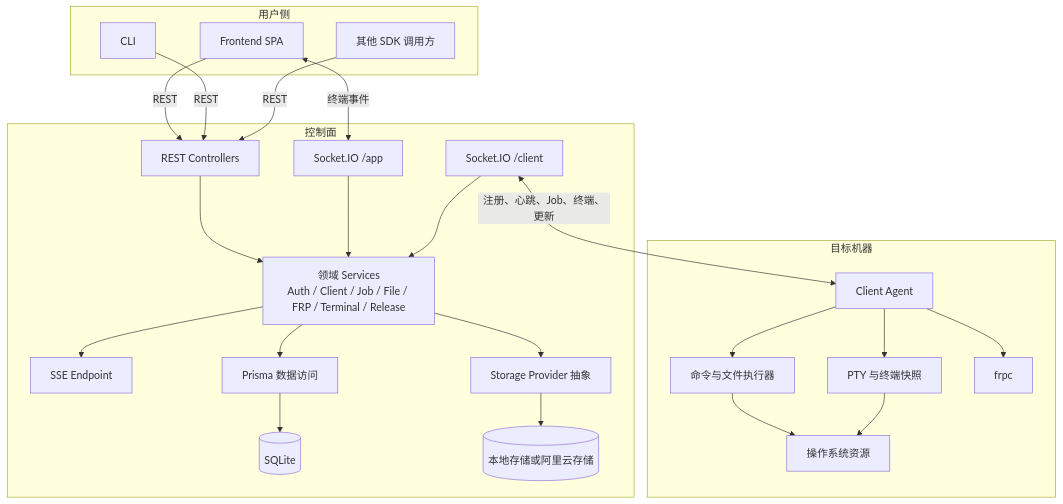
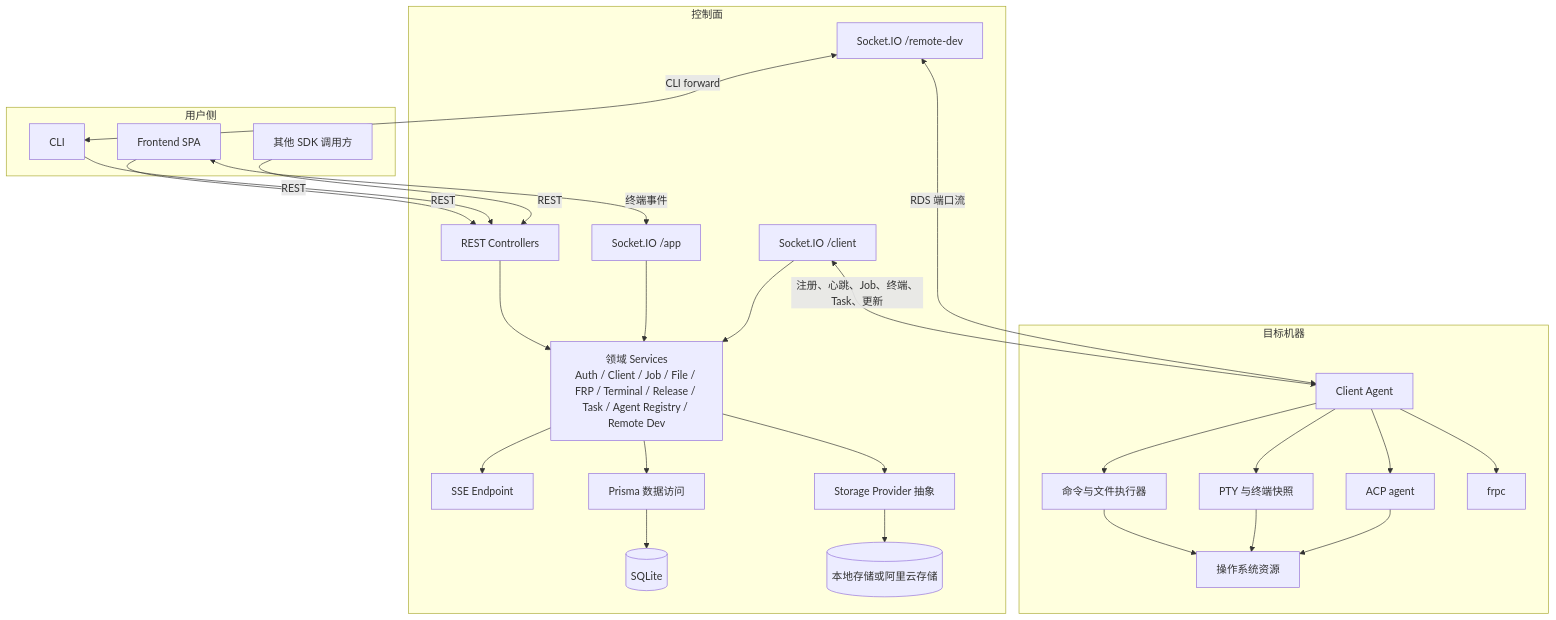
One commit to xuzhen97/VCPDeck changed the second of 8 diagrams in docs/architecture.md. Above: the diagram before and after it, drawn with Mermaid. The commit also changed other lines of this file and 127 other files, not shown here.

First line of the commit message:
feat(a2a,rds): 增加 A2A Hub、Remote Dev Session 与会话历史续接

````diff
--- a/docs/architecture.md
+++ b/docs/architecture.md
@@ -70,49 +70,55 @@
 ```mermaid
 flowchart TB
     subgraph UserSide[用户侧]
         Browser[Frontend SPA]
         Cli[CLI]
         SdkUser[其他 SDK 调用方]
     end
 
     subgraph ControlPlane[控制面]
         Http[REST Controllers]
         AppWs[Socket.IO /app]
         ClientWs[Socket.IO /client]
         Sse[SSE Endpoint]
-        Services[领域 Services<br/>Auth / Client / Job / File / FRP / Terminal / Release]
+        Services[领域 Services<br/>Auth / Client / Job / File / FRP / Terminal / Release / Task / Agent Registry / Remote Dev]
         Prisma[Prisma 数据访问]
         StorageSvc[Storage Provider 抽象]
         Db[(SQLite)]
         FileStore[(本地存储或阿里云存储)]
+        RdsWs[Socket.IO /remote-dev]
     end
 
     subgraph RemoteNode[目标机器]
         Client[Client Agent]
         Executor[命令与文件执行器]
         Terminal[PTY 与终端快照]
+        AcpAgent[ACP agent]
         Frpc[frpc]
         Os[操作系统资源]
     end
 
     Browser -->|REST| Http
     Browser <-->|终端事件| AppWs
     Cli -->|REST| Http
     SdkUser -->|REST| Http
 
     Http --> Services
     AppWs --> Services
     ClientWs --> Services
     Services --> Sse
     Services --> Prisma
     Services --> StorageSvc
     Prisma --> Db
     StorageSvc --> FileStore
 
-    ClientWs <-->|注册、心跳、Job、终端、更新| Client
+    ClientWs <-->|注册、心跳、Job、终端、Task、更新| Client
     Client --> Executor
     Client --> Terminal
+    Client --> AcpAgent
     Client --> Frpc
     Executor --> Os
     Terminal --> Os
+    AcpAgent --> Os
+    RdsWs <-->|RDS 端口流| Client
+    RdsWs <-->|CLI forward| Cli
 ```
````
